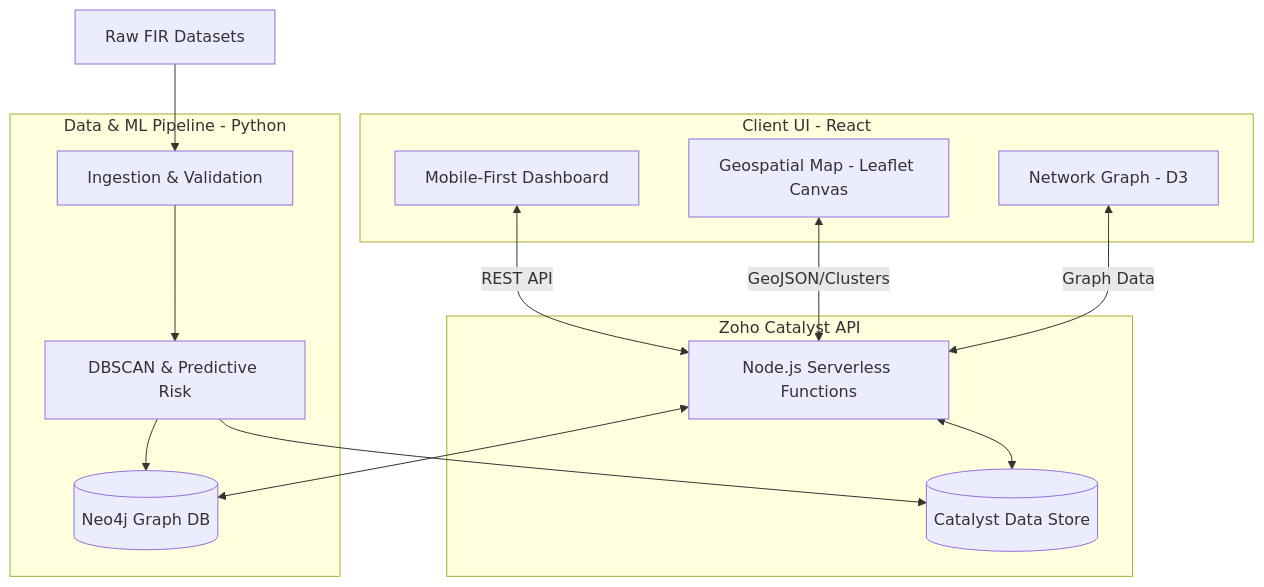
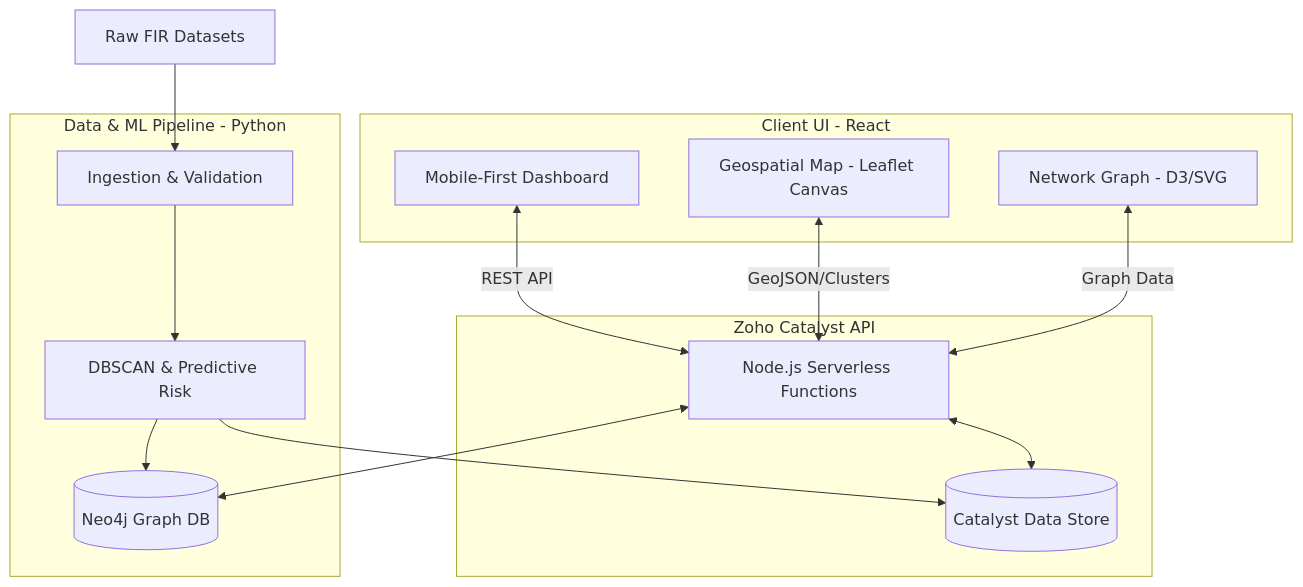
Before and after one commit to arnav-eluri/crime_dna: the first of 4 diagrams in README.md, drawn with Mermaid. The commit also changed other lines of this file, not shown here.

````diff
--- a/README.md
+++ b/README.md
@@ -55,31 +47,31 @@
 ```mermaid
 graph TD
     subgraph Frontend [Client UI - React]
         UI[Mobile-First Dashboard]
         Map[Geospatial Map - Leaflet Canvas]
-        Net[Network Graph - D3]
+        Net[Network Graph - D3/SVG]
     end
 
     subgraph Backend [Zoho Catalyst API]
         API[Node.js Serverless Functions]
         DB[(Catalyst Data Store)]
     end
 
     subgraph DataPipeline [Data & ML Pipeline - Python]
         ETL[Ingestion & Validation]
         ML[DBSCAN & Predictive Risk]
         Neo[(Neo4j Graph DB)]
     end
 
     UI <-->|REST API| API
     Map <-->|GeoJSON/Clusters| API
     Net <-->|Graph Data| API
-    
+
     API <--> DB
     API <--> Neo
-    
+
     Raw[Raw FIR Datasets] --> ETL
     ETL --> ML
     ML --> DB
     ML --> Neo
 ```
````
